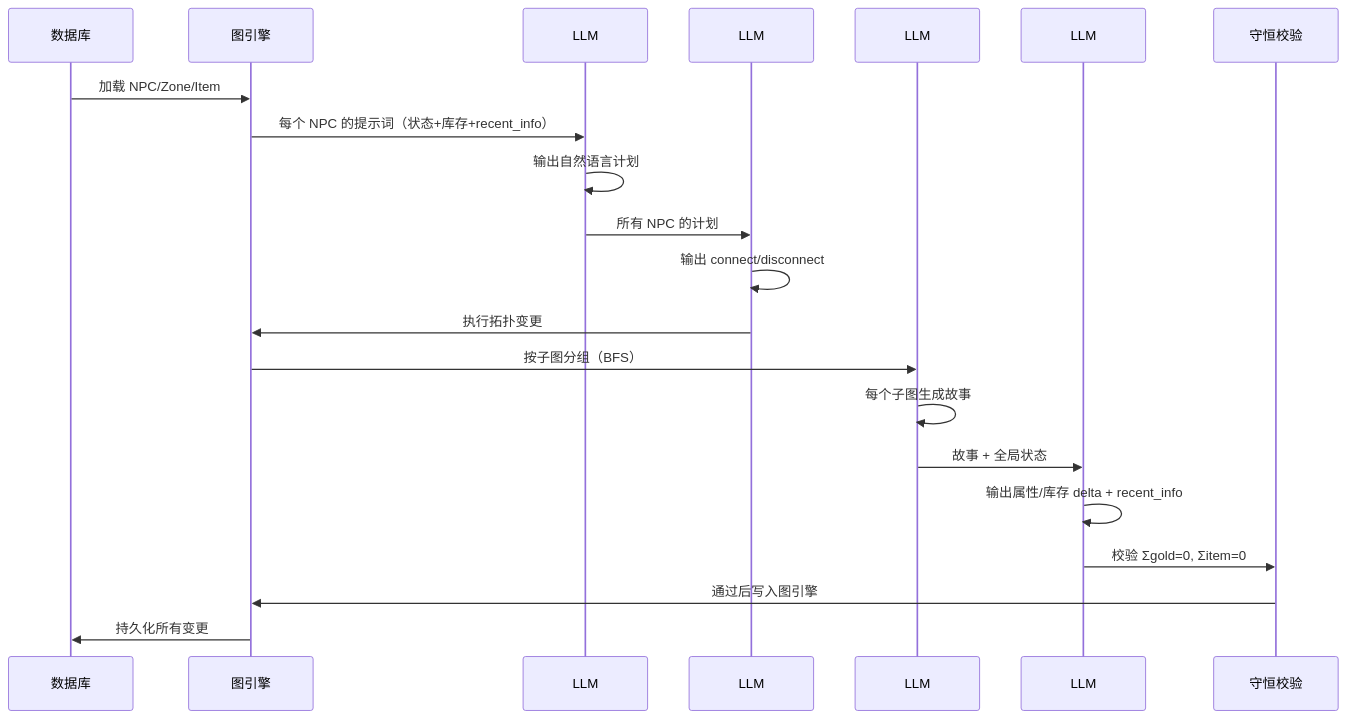
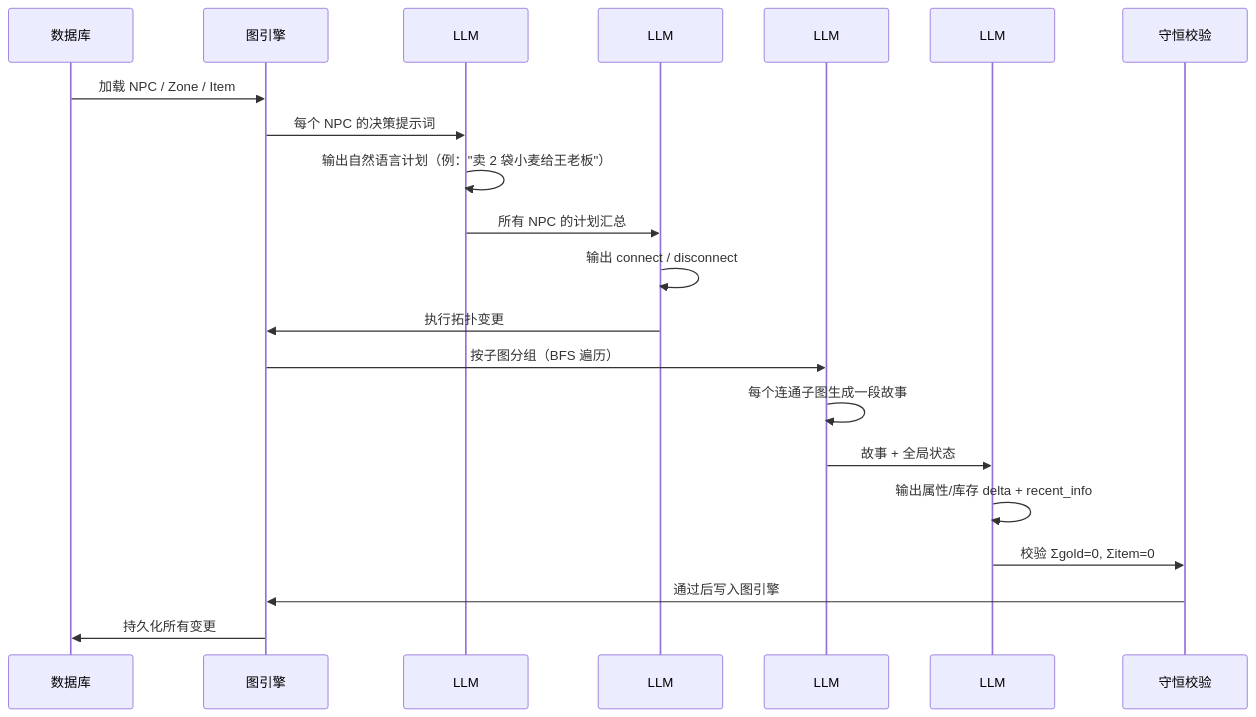
The second of 3 diagrams in README.md (Asher0501/AgentWorld), drawn with Mermaid before and after one commit. The commit also changed other lines of this file, not shown here.

Commit message:
docs: slim README — keep architecture, drop implementation details

````diff
--- a/README.md
+++ b/README.md
@@ -189,24 +44,24 @@
 ```mermaid
 sequenceDiagram
     participant DB as 数据库
     participant GE as 图引擎
     participant L1 as LLM #1 决策
     participant L2 as LLM #2 拓扑
     participant L3 as LLM #3 叙事
     participant L4 as LLM #4 执行
     participant CV as 守恒校验
 
-    DB->>GE: 加载 NPC/Zone/Item
-    GE->>L1: 每个 NPC 的提示词（状态+库存+recent_info）
-    L1->>L1: 输出自然语言计划
-    L1->>L2: 所有 NPC 的计划
-    L2->>L2: 输出 connect/disconnect
+    DB->>GE: 加载 NPC / Zone / Item
+    GE->>L1: 每个 NPC 的决策提示词
+    L1->>L1: 输出自然语言计划（例："卖 2 袋小麦给王老板"）
+    L1->>L2: 所有 NPC 的计划汇总
+    L2->>L2: 输出 connect / disconnect
     L2->>GE: 执行拓扑变更
-    GE->>L3: 按子图分组（BFS）
-    L3->>L3: 每个子图生成故事
+    GE->>L3: 按子图分组（BFS 遍历）
+    L3->>L3: 每个连通子图生成一段故事
     L3->>L4: 故事 + 全局状态
     L4->>L4: 输出属性/库存 delta + recent_info
     L4->>CV: 校验 Σgold=0, Σitem=0
     CV->>GE: 通过后写入图引擎
     GE->>DB: 持久化所有变更
 ```
````
